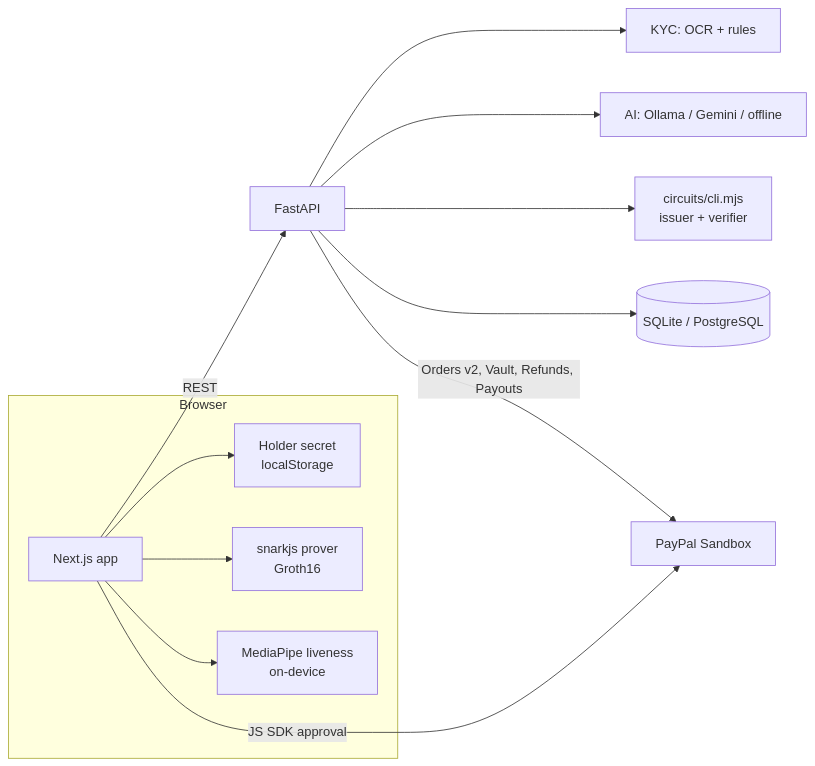
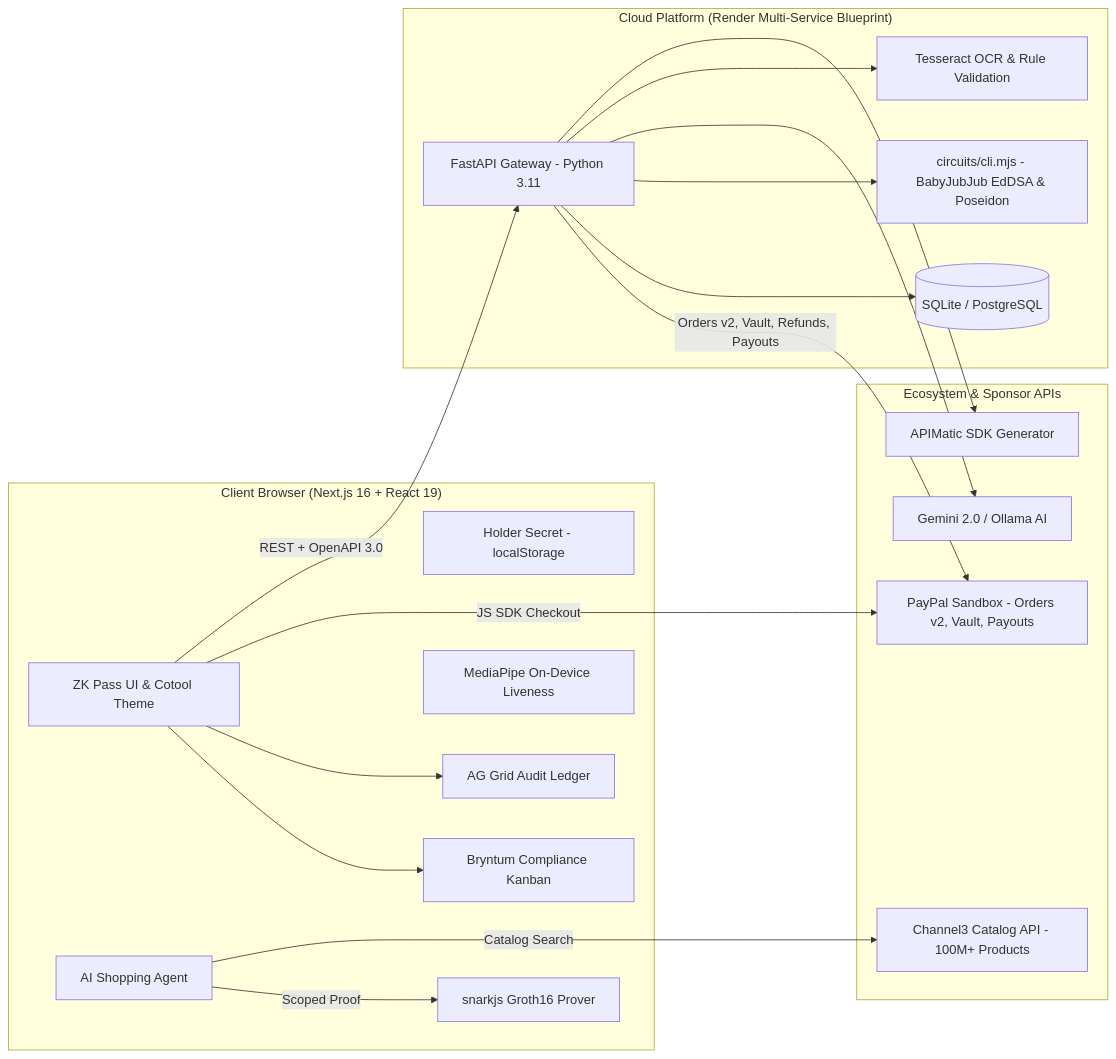
One commit to 6289subhasree/paypal_zk changed the diagram in README.md. Above: the diagram before and after it, drawn with Mermaid. The commit also changed other lines of this file and 5 other files, not shown here.

First line of the commit message:
docs: integrate full sponsor track architecture and ecosystem specifications into README

````diff
--- a/README.md
+++ b/README.md
@@ -62,15 +67,36 @@
 ```mermaid
 flowchart LR
-    subgraph Browser
-      UI[Next.js app] --> W[Holder secret<br/>localStorage]
-      UI --> P[snarkjs prover<br/>Groth16]
-      UI --> L[MediaPipe liveness<br/>on-device]
+    subgraph Client ["Client Browser (Next.js 16 + React 19)"]
+      UI[ZK Pass UI & Cotool Theme]
+      W[Holder Secret - localStorage]
+      P[snarkjs Groth16 Prover]
+      L[MediaPipe On-Device Liveness]
+      AG[AG Grid Audit Ledger]
+      BR[Bryntum Compliance Kanban]
+      AGNT[AI Shopping Agent]
     end
-    UI -->|REST| API[FastAPI]
-    API --> KYC[KYC: OCR + rules]
-    API --> AI[AI: Ollama / Gemini / offline]
-    API --> ZK[circuits/cli.mjs<br/>issuer + verifier]
-    API --> DB[(SQLite / PostgreSQL)]
-    API -->|Orders v2, Vault, Refunds, Payouts| PP[PayPal Sandbox]
-    UI -->|JS SDK approval| PP
+    subgraph External_APIs ["Ecosystem & Sponsor APIs"]
+      C3[Channel3 Catalog API - 100M+ Products]
+      PP[PayPal Sandbox - Orders v2, Vault, Payouts]
+      GEM[Gemini 2.0 / Ollama AI]
+      APIM[APIMatic SDK Generator]
+    end
+    subgraph Cloud ["Cloud Platform (Render Multi-Service Blueprint)"]
+      API[FastAPI Gateway - Python 3.11]
+      KYC[Tesseract OCR & Rule Validation]
+      ZK[circuits/cli.mjs - BabyJubJub EdDSA & Poseidon]
+      DB[(SQLite / PostgreSQL)]
+    end
+    AGNT -->|Catalog Search| C3
+    AGNT -->|Scoped Proof| P
+    UI -->|REST + OpenAPI 3.0| API
+    API --> APIM
+    API --> KYC
+    API --> GEM
+    API --> ZK
+    API --> DB
+    API -->|Orders v2, Vault, Refunds, Payouts| PP
+    UI -->|JS SDK Checkout| PP
+    UI --> AG
+    UI --> BR
 ```
````
